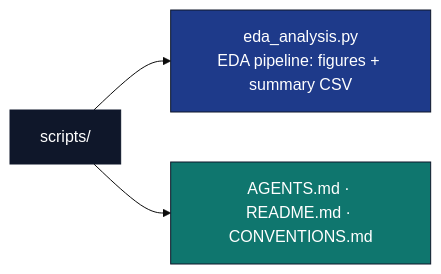
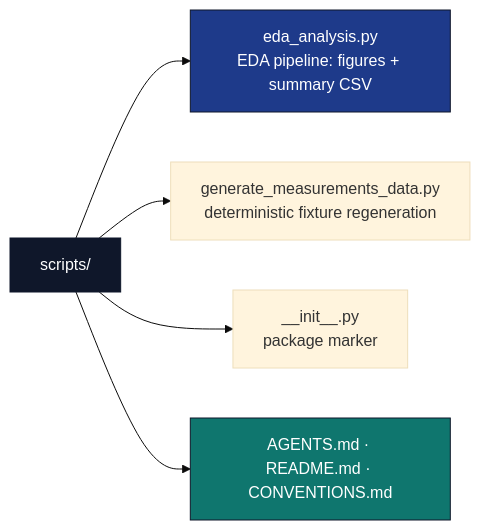
The diagram in scripts/AGENTS.md (docxology/template_eda_notebook), drawn with Mermaid (base theme) before and after one commit. The commit also changed other lines of this file and 49 other files, not shown here.

````diff
--- a/scripts/AGENTS.md
+++ b/scripts/AGENTS.md
@@ -21,13 +21,15 @@
 ```mermaid
 flowchart LR
     SC[scripts/]
     SC --> EDA[eda_analysis.py<br/>EDA pipeline: figures + summary CSV]
+    SC --> GEN[generate_measurements_data.py<br/>deterministic fixture regeneration]
+    SC --> INIT[__init__.py<br/>package marker]
     SC --> DOCS[AGENTS.md · README.md · CONVENTIONS.md]
 
     classDef d fill:#0f172a,stroke:#0f172a,color:#fff
     classDef code fill:#1e3a8a,stroke:#0f172a,color:#fff
     classDef doc fill:#0f766e,stroke:#0f172a,color:#fff
     class SC d
     class EDA code
     class DOCS doc
 ```
````
